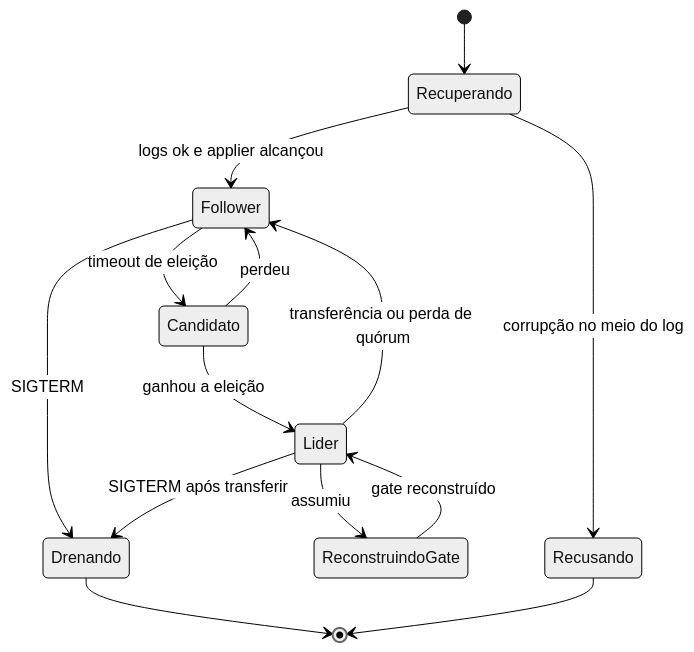
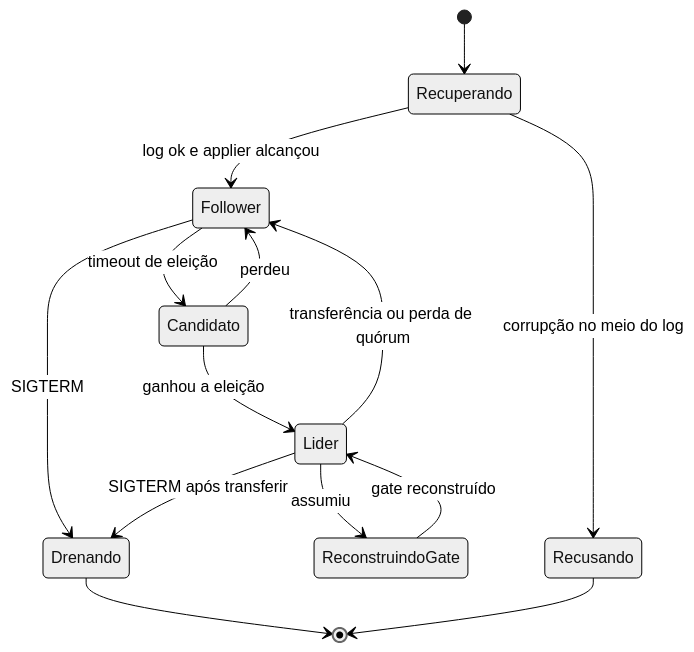
One commit to brbarmex/k changed the second of 2 diagrams in doc/02_cenarios/atualizados/C18-partida-e-recuperacao-do-no.md. Above: the diagram before and after it, drawn with Mermaid (neutral theme). The commit also changed other lines of this file and 197 other files, not shown here.

````diff
--- a/doc/02_cenarios/atualizados/C18-partida-e-recuperacao-do-no.md
+++ b/doc/02_cenarios/atualizados/C18-partida-e-recuperacao-do-no.md
@@ -32,16 +32,16 @@
 ```mermaid
 stateDiagram-v2
     [*] --> Recuperando
-    Recuperando --> Follower: logs ok e applier alcançou
+    Recuperando --> Follower: log ok e applier alcançou
     Recuperando --> Recusando: corrupção no meio do log
     Follower --> Candidato: timeout de eleição
     Candidato --> Lider: ganhou a eleição
     Candidato --> Follower: perdeu
     Lider --> ReconstruindoGate: assumiu
     ReconstruindoGate --> Lider: gate reconstruído
     Lider --> Follower: transferência ou perda de quórum
     Follower --> Drenando: SIGTERM
     Lider --> Drenando: SIGTERM após transferir
     Drenando --> [*]
     Recusando --> [*]
 ```
````
